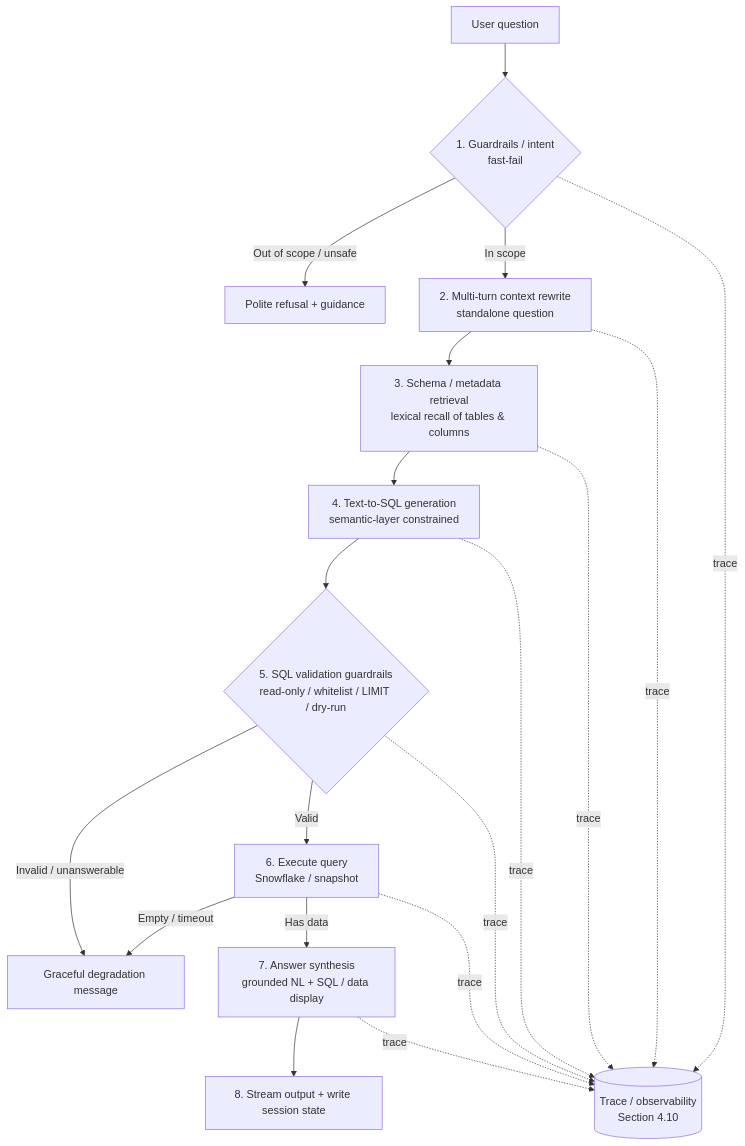
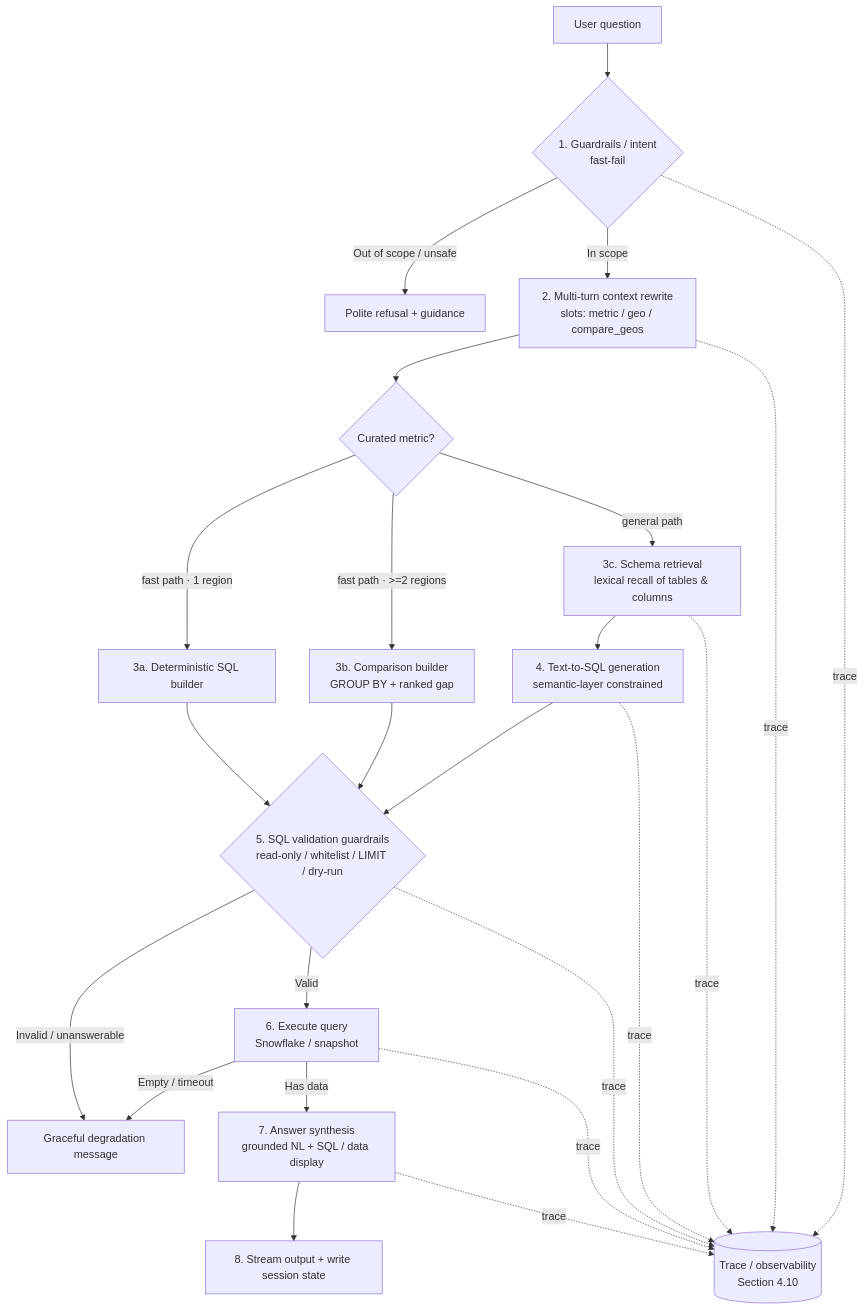
Before and after one commit to AndyUneducated/us-population-agent: the first of 4 diagrams in docs/TECHNICAL_DESIGN.md, drawn with Mermaid. The commit also changed other lines of this file and 7 other files, not shown here.

First line of the commit message:
Persist comparison context across turns and document conversation intelligence.

````diff
--- a/docs/TECHNICAL_DESIGN.md
+++ b/docs/TECHNICAL_DESIGN.md
@@ -84,15 +84,18 @@
 ```mermaid
 flowchart TD
     A[User question] --> B{1. Guardrails / intent<br/>fast-fail}
     B -- Out of scope / unsafe --> Z[Polite refusal + guidance]
-    B -- In scope --> C[2. Multi-turn context rewrite<br/>standalone question]
-    C --> D[3. Schema / metadata retrieval<br/>lexical recall of tables & columns]
+    B -- In scope --> C[2. Multi-turn context rewrite<br/>slots: metric / geo / compare_geos]
+    C --> P{Curated metric?}
+    P -- "fast path · 1 region" --> FB[3a. Deterministic SQL builder]
+    P -- "fast path · >=2 regions" --> CB[3b. Comparison builder<br/>GROUP BY + ranked gap]
+    P -- "general path" --> D[3c. Schema retrieval<br/>lexical recall of tables & columns]
     D --> E[4. Text-to-SQL generation<br/>semantic-layer constrained]
-    E --> F{5. SQL validation guardrails<br/>read-only / whitelist / LIMIT / dry-run}
+    FB & CB & E --> F{5. SQL validation guardrails<br/>read-only / whitelist / LIMIT / dry-run}
     F -- Invalid / unanswerable --> Y[Graceful degradation message]
     F -- Valid --> G[6. Execute query<br/>Snowflake / snapshot]
     G -- Empty / timeout --> Y
     G -- Has data --> H[7. Answer synthesis<br/>grounded NL + SQL / data display]
     H --> I[8. Stream output + write session state]
     B & C & D & E & F & G & H -.trace.-> T[(Trace / observability<br/>Section 4.10)]
 ```
````
